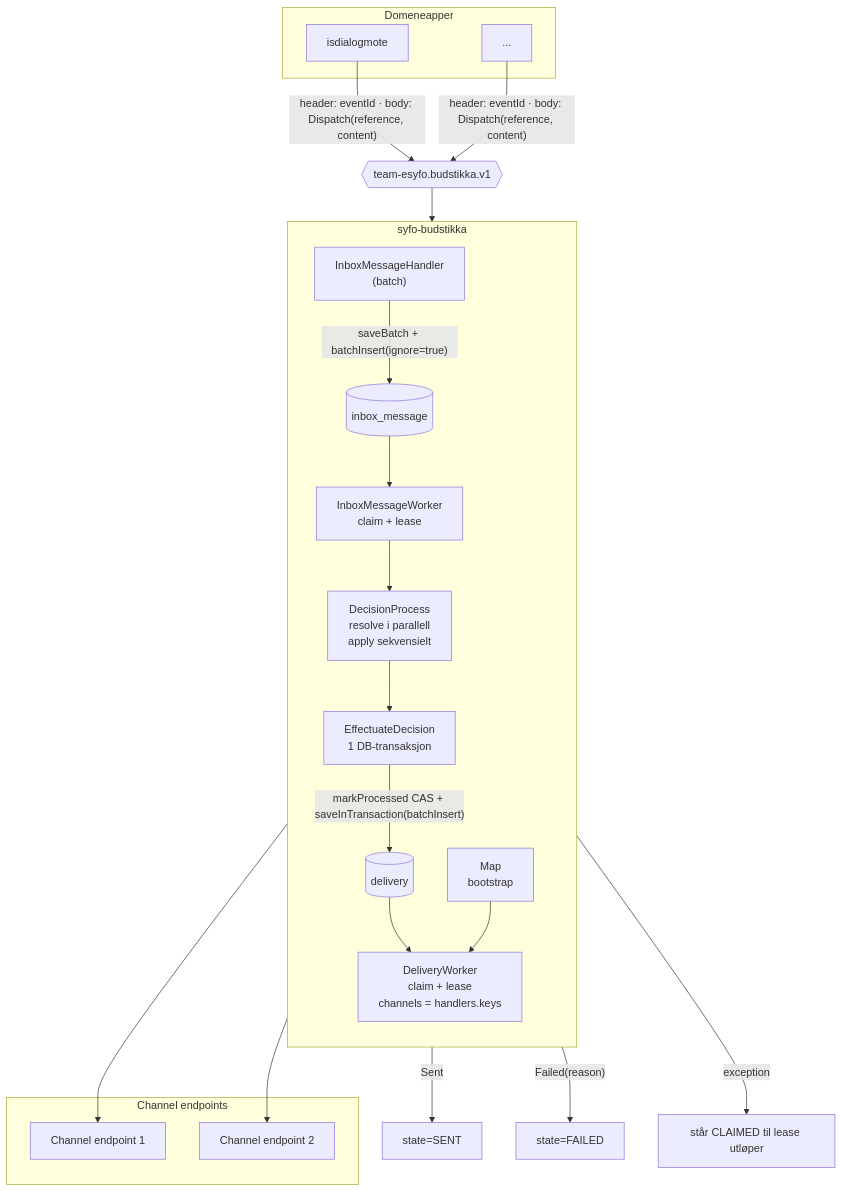
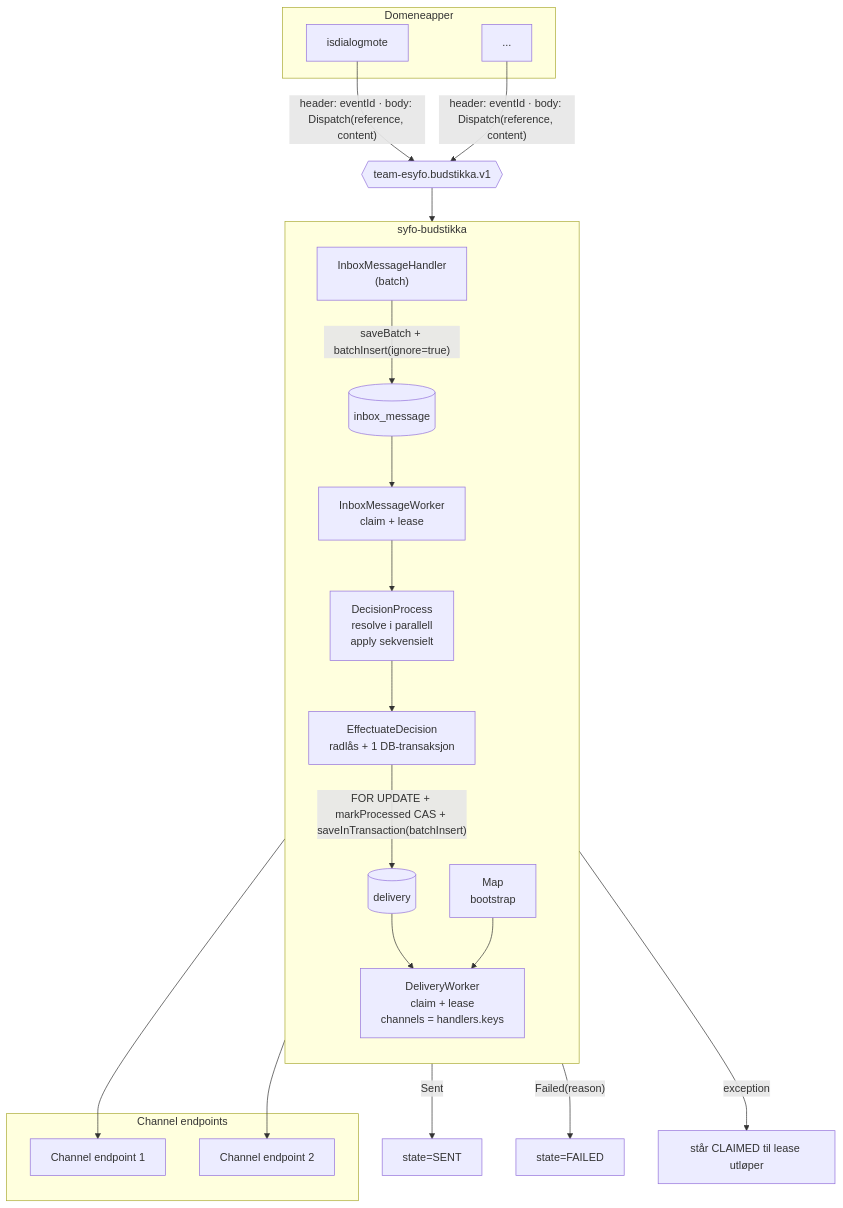
One commit to navikt/syfo-budstikka changed the diagram in docs/flyt.md. Above: the diagram before and after it, drawn with Mermaid. The commit also changed other lines of this file and 36 other files, not shown here.

````diff
--- a/docs/flyt.md
+++ b/docs/flyt.md
@@ -17,40 +17,40 @@
 ```mermaid
 flowchart TB
     subgraph Producers["Domeneapper"]
         P1["isdialogmote"]
         P2["..."]
     end
 
     P1 & P2 -->|"header: eventId · body: Dispatch(reference, content)"| TOPIC{{"team-esyfo.budstikka.v1"}}
 
     subgraph Budstikka["syfo-budstikka"]
         direction TB
         CONS["InboxMessageHandler<br/>(batch)"]
         INBOX[("inbox_message")]
         IWORK["InboxMessageWorker<br/>claim + lease"]
         DEC["DecisionProcess<br/>resolve i parallell<br/>apply sekvensielt"]
-        EFF["EffectuateDecision<br/>1 DB-transaksjon"]
+        EFF["EffectuateDecision<br/>radlås + 1 DB-transaksjon"]
         OUTBOX[("delivery")]
         DWORK["DeliveryWorker<br/>claim + lease<br/>channels = handlers.keys"]
         MAP["Map<Channel, ChannelHandler><br/>bootstrap"]
     end
 
     TOPIC --> CONS
     CONS -->|"saveBatch + batchInsert(ignore=true)"| INBOX
     INBOX --> IWORK
     IWORK --> DEC --> EFF
-    EFF -->|"markProcessed CAS + saveInTransaction(batchInsert)"| OUTBOX
+    EFF -->|"FOR UPDATE + markProcessed CAS + saveInTransaction(batchInsert)"| OUTBOX
     OUTBOX --> DWORK
     MAP --> DWORK
 
     DWORK -->|"Sent"| SENT["state=SENT"]
     DWORK -->|"Failed(reason)"| FAILED["state=FAILED"]
     DWORK -->|"exception"| RECLAIM["står CLAIMED til lease utløper"]
 
     subgraph Outbound["Channel endpoints"]
         CH1["Channel endpoint 1"]
         CH2["Channel endpoint 2"]
     end
     DWORK --> CH1
     DWORK --> CH2
 ```
````
